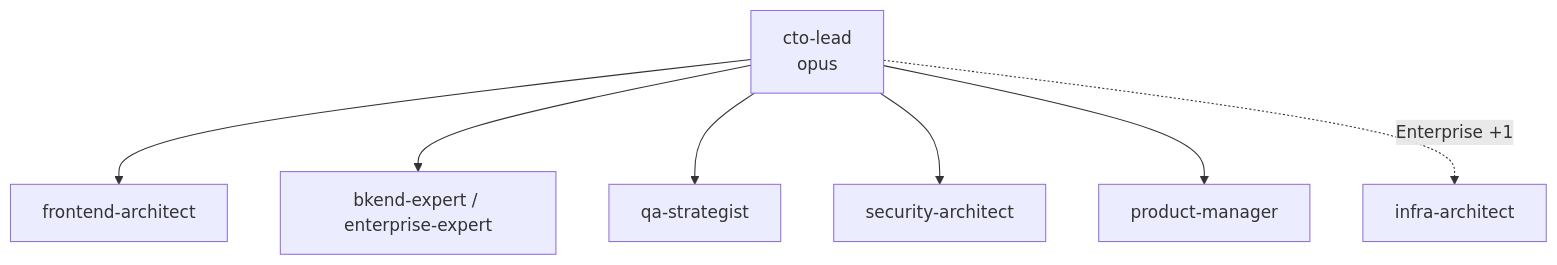
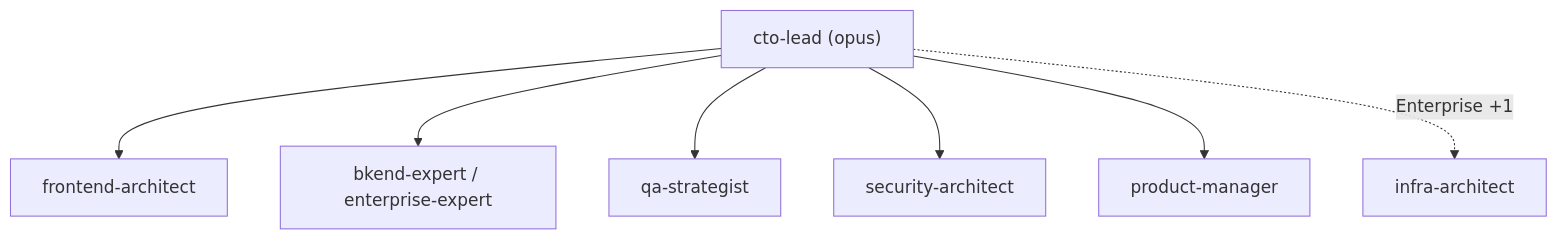
The sixth of 10 diagrams in README-FULL.md (Stars1233/bkit-claude-code), drawn with Mermaid before and after one commit. The commit also changed other lines of this file and 1 other file, not shown here.

````diff
--- a/README-FULL.md
+++ b/README-FULL.md
@@ -387,10 +351,10 @@
 ```mermaid
 flowchart TB
-    CTO[cto-lead<br/>opus]
-    CTO --> FE[frontend-architect]
-    CTO --> BE[bkend-expert / enterprise-expert]
-    CTO --> QA[qa-strategist]
-    CTO --> SEC[security-architect]
-    CTO --> PM[product-manager]
-    CTO -. Enterprise +1 .-> Arch[infra-architect]
+    CTO["cto-lead (opus)"]
+    CTO --> FE["frontend-architect"]
+    CTO --> BE["bkend-expert / enterprise-expert"]
+    CTO --> QA["qa-strategist"]
+    CTO --> SEC["security-architect"]
+    CTO --> PM["product-manager"]
+    CTO -. "Enterprise +1" .-> Arch["infra-architect"]
 ```
````
